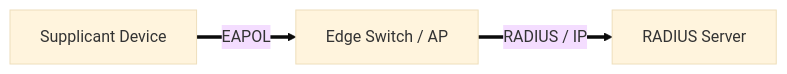
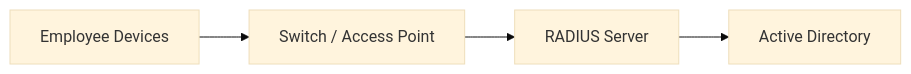
Before and after one commit to namaewafaisal/Obsidian_Vault: the fourth of 4 diagrams in 03-Academics/Network_Security/IEEE.md, drawn with Mermaid (base theme). The commit also changed other lines of this file and 6 other files, not shown here.

````diff
--- a/03-Academics/Network_Security/IEEE.md
+++ b/03-Academics/Network_Security/IEEE.md
@@ -94,6 +389,17 @@
-```mermaid
-graph LR
-    Endpoint[Supplicant Device] == EAPOL ==> EdgeSwitch[Edge Switch / AP]
-    EdgeSwitch == RADIUS / IP ==> RadiusServer[RADIUS Server]
+```mermaid id="ax36j7"
+flowchart LR
 
+    Users[Employee Devices]
+
+    AP[Switch / Access Point]
+
+    RADIUS[RADIUS Server]
+
+    AD[Active Directory]
+
+    Users --> AP
+
+    AP --> RADIUS
+
+    RADIUS --> AD
 ```
````
